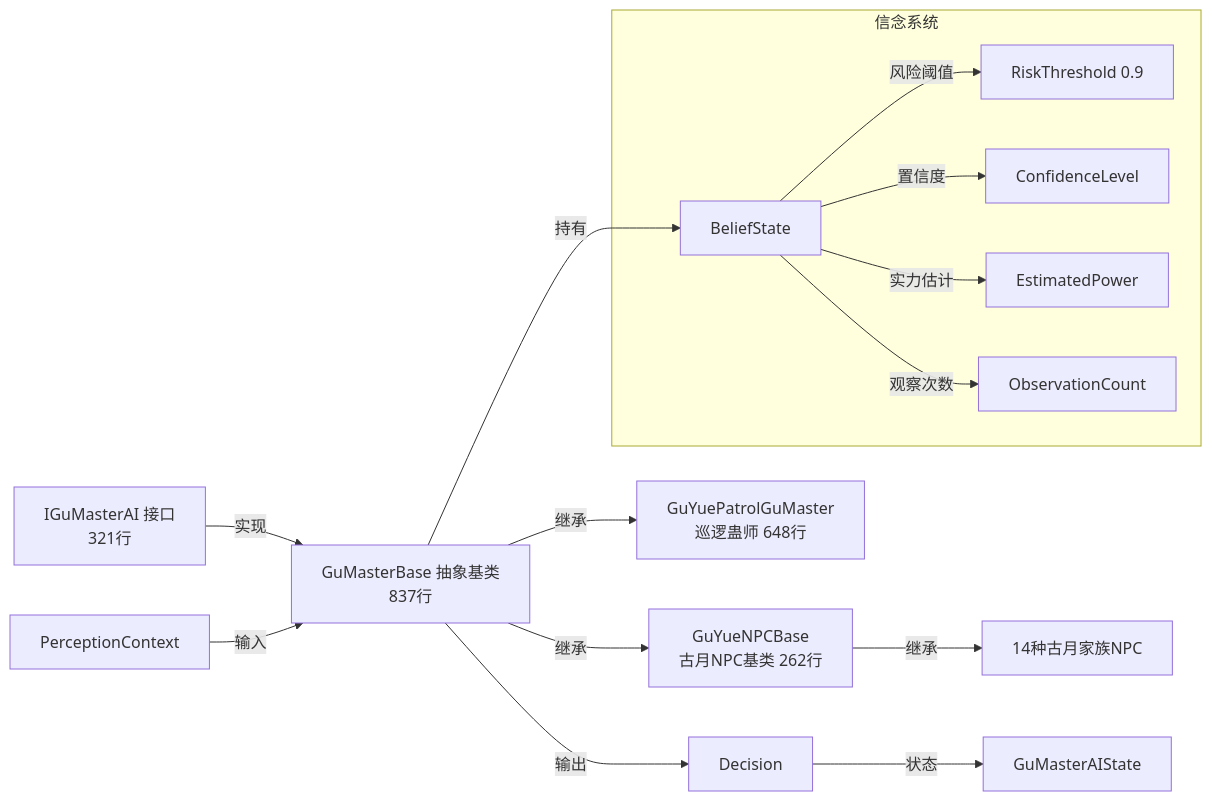
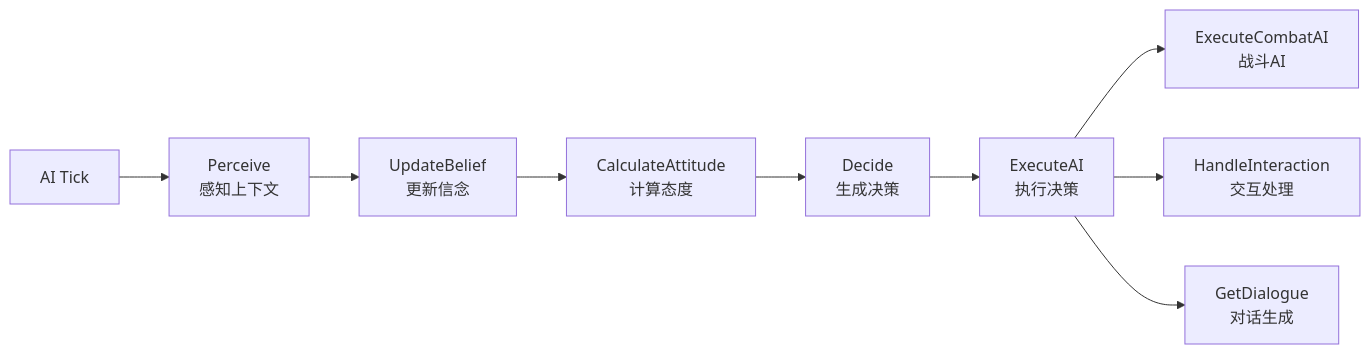
Before and after one commit to fsx-saki/VerminLordMod: the second of 5 diagrams in plans/项目全景分析报告.md, drawn with Mermaid. The commit also changed other lines of this file and 68 other files, not shown here.

````diff
--- a/plans/项目全景分析报告.md
+++ b/plans/项目全景分析报告.md
@@ -354,19 +872,12 @@
 ```mermaid
-flowchart LR
-    IAI[IGuMasterAI 接口<br/>321行] -->|实现| GMB[GuMasterBase 抽象基类<br/>837行]
-    GMB -->|继承| GYPG[GuYuePatrolGuMaster<br/>巡逻蛊师 648行]
-    GMB -->|继承| GYNB[GuYueNPCBase<br/>古月NPC基类 262行]
-    GYNB -->|继承| 14种[14种古月家族NPC]
+graph LR
+    Start[AI Tick] --> Perceive[Perceive<br/>感知上下文]
+    Perceive --> UpdateBelief[UpdateBelief<br/>更新信念]
+    UpdateBelief --> CalcAttitude[CalculateAttitude<br/>计算态度]
+    CalcAttitude --> Decide[Decide<br/>生成决策]
+    Decide --> Execute[ExecuteAI<br/>执行决策]
     
-    subgraph 信念系统
-        BS[BeliefState] -->|风险阈值| RT[RiskThreshold 0.9]
-        BS -->|置信度| CL[ConfidenceLevel]
-        BS -->|实力估计| EP[EstimatedPower]
-        BS -->|观察次数| OC[ObservationCount]
-    end
-    
-    GMB -->|持有| BS
-    PC[PerceptionContext] -->|输入| GMB
-    GMB -->|输出| DEC[Decision]
-    DEC -->|状态| AI[GuMasterAIState]
+    Execute --> Combat[ExecuteCombatAI<br/>战斗AI]
+    Execute --> Interact[HandleInteraction<br/>交互处理]
+    Execute --> Dialogue[GetDialogue<br/>对话生成]
 ```
````
